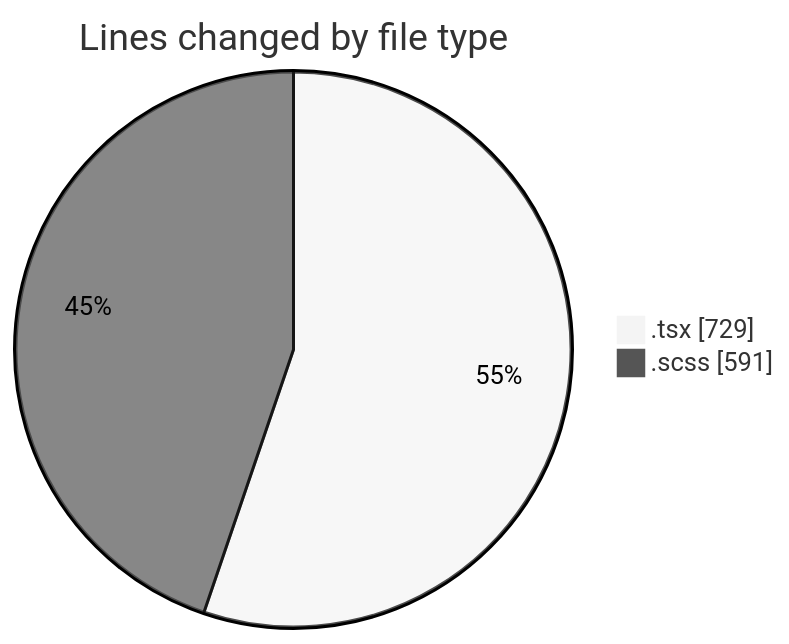
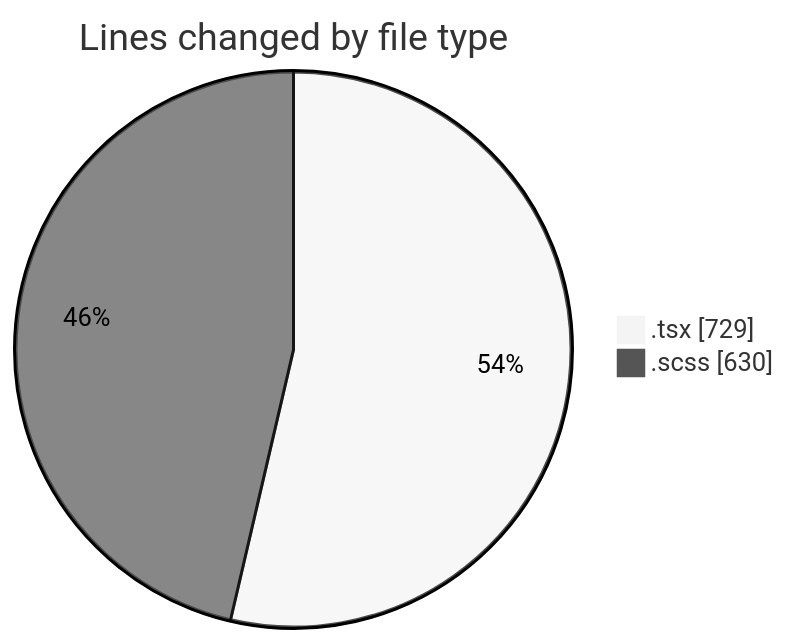
The first of 2 diagrams in 2025-10-06/cda/README.md (momahboobian/code-tracking), drawn with Mermaid (neutral theme) before and after one commit. The commit also changed other lines of this file and 1 other file, not shown here.

````diff
--- a/2025-10-06/cda/README.md
+++ b/2025-10-06/cda/README.md
@@ -24,6 +24,6 @@
 ```mermaid
 pie showData
 title Lines changed by file type
 ".tsx" : 729
-".scss" : 591
+".scss" : 630
 ```
````
